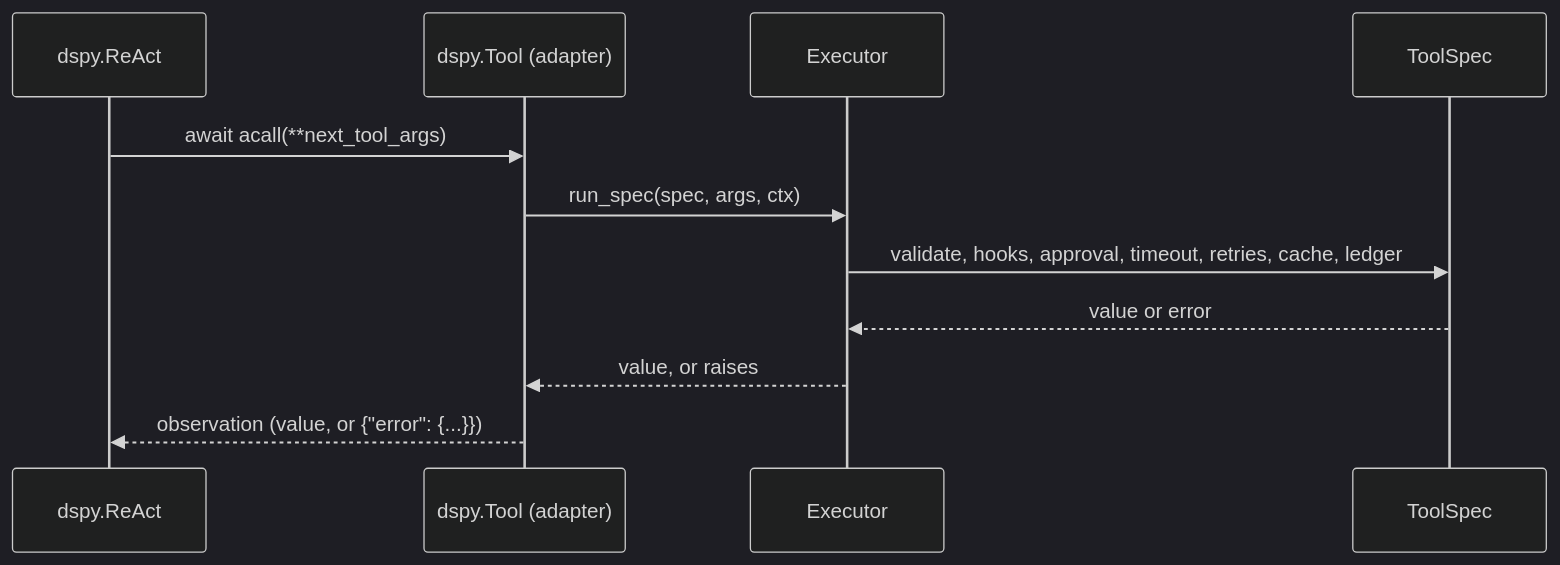
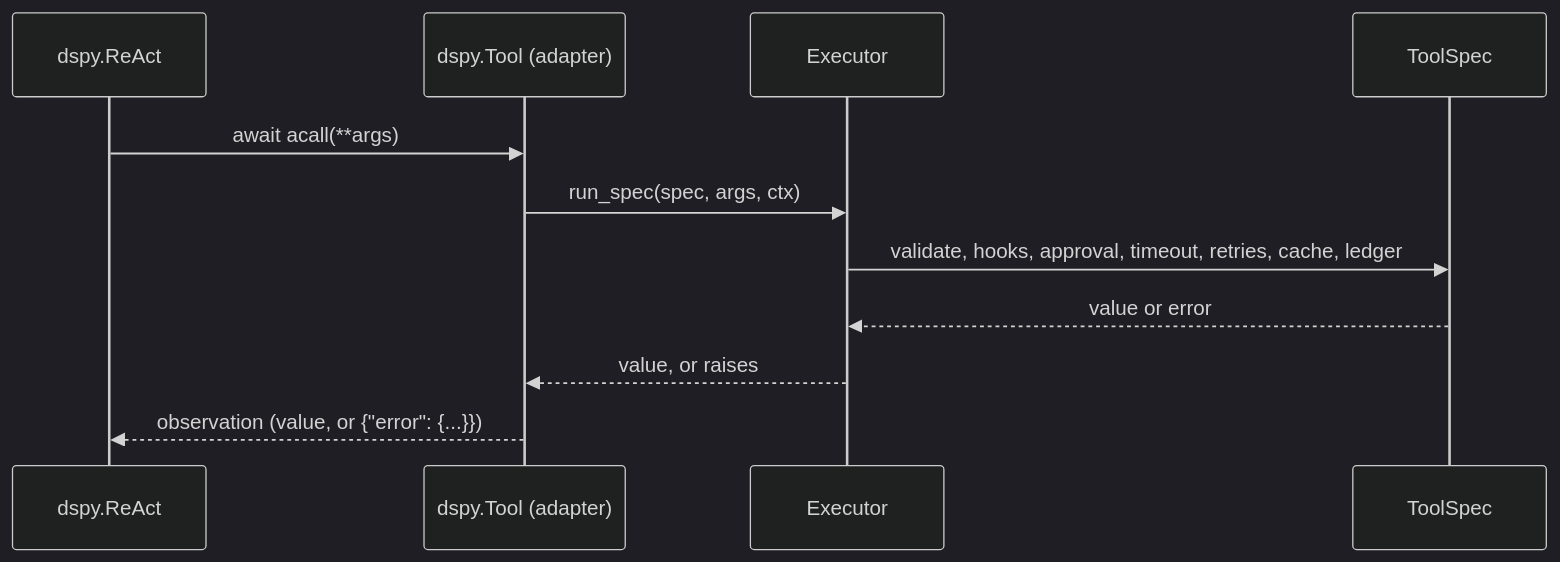
Before and after one commit to VeloceAI/agent-adapter: the diagram in docs/integrations/dspy.md, drawn with Mermaid (dark theme). The commit also changed other lines of this file and 14 other files, not shown here.

````diff
--- a/docs/integrations/dspy.md
+++ b/docs/integrations/dspy.md
@@ -40,13 +43,13 @@
 ```mermaid
 sequenceDiagram
   participant R as dspy.ReAct
   participant T as dspy.Tool (adapter)
   participant E as Executor
   participant S as ToolSpec
-  R->>T: await acall(**next_tool_args)
+  R->>T: await acall(**args)
   T->>E: run_spec(spec, args, ctx)
   E->>S: validate, hooks, approval, timeout, retries, cache, ledger
   S-->>E: value or error
   E-->>T: value, or raises
   T-->>R: observation (value, or {"error": {...}})
 ```
````
